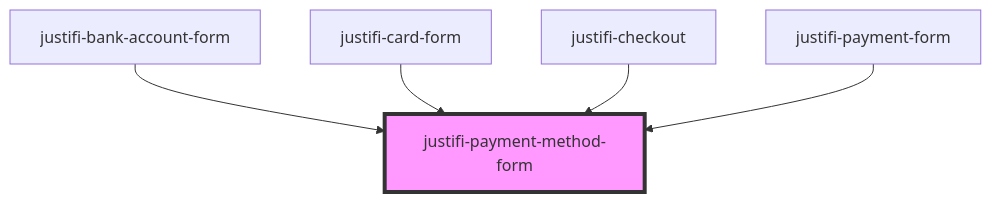
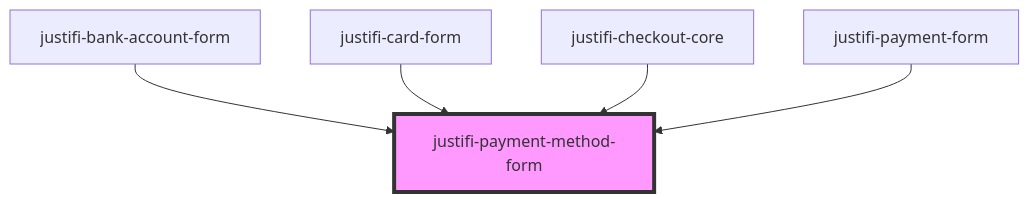
The diagram in packages/webcomponents/src/components/payment-method-form/readme.md (justifi-tech/web-component-library), drawn with Mermaid before and after one commit. The commit also changed other lines of this file and 6 other files, not shown here.

````diff
--- a/packages/webcomponents/src/components/payment-method-form/readme.md
+++ b/packages/webcomponents/src/components/payment-method-form/readme.md
@@ -78,8 +78,8 @@
 ```mermaid
 graph TD;
   justifi-bank-account-form --> justifi-payment-method-form
   justifi-card-form --> justifi-payment-method-form
-  justifi-checkout --> justifi-payment-method-form
+  justifi-checkout-core --> justifi-payment-method-form
   justifi-payment-form --> justifi-payment-method-form
   style justifi-payment-method-form fill:#f9f,stroke:#333,stroke-width:4px
 ```
````
